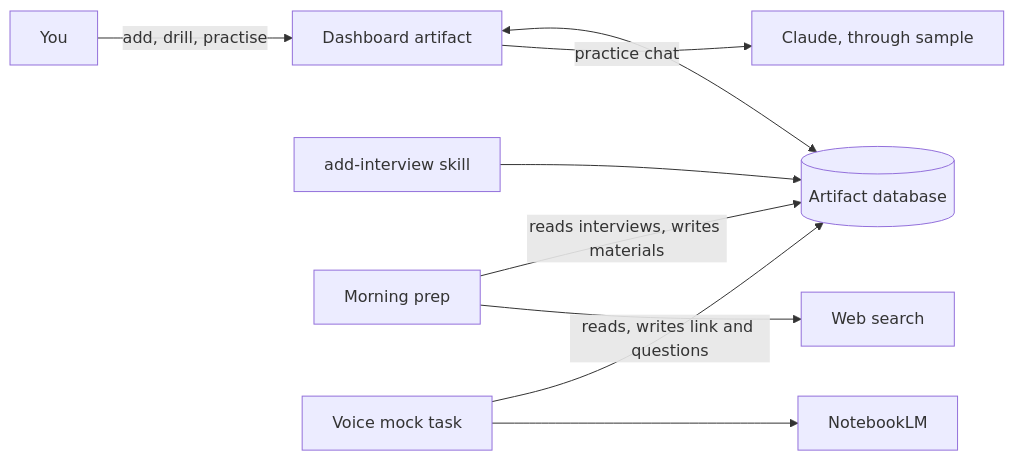
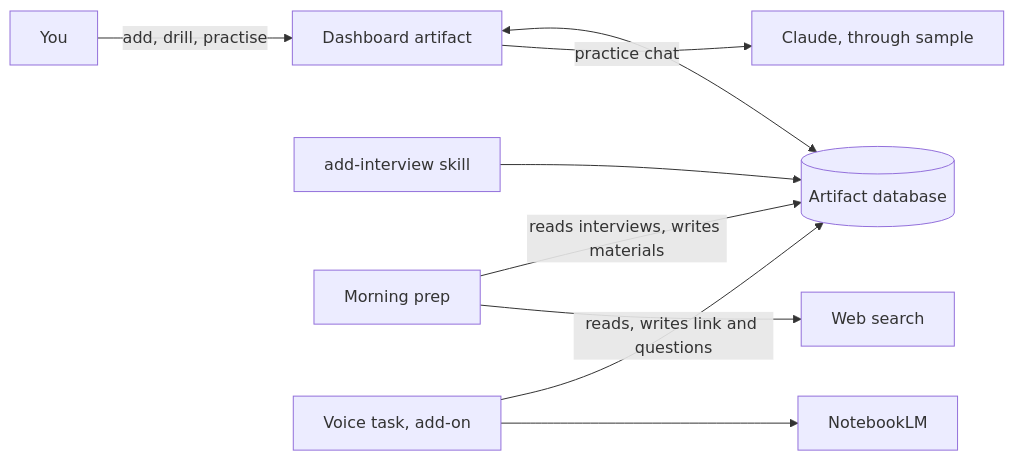
One commit to dantonoli/interview-prep-desk changed the diagram in docs/architecture.md. Above: the diagram before and after it, drawn with Mermaid. The commit also changed other lines of this file and 24 other files, not shown here.

````diff
--- a/docs/architecture.md
+++ b/docs/architecture.md
@@ -19,11 +17,11 @@
 ```mermaid
 flowchart LR
   U[You] -->|add, drill, practise| D[Dashboard artifact]
   D <--> DB[(Artifact database)]
   A[add-interview skill] --> DB
   P[Morning prep] -->|reads interviews, writes materials| DB
   P --> W[Web search]
-  V[Voice mock task] -->|reads, writes link and questions| DB
+  V[Voice task, add-on] -->|reads, writes link and questions| DB
   V --> N[NotebookLM]
   D -->|practice chat| C[Claude, through sample]
 ```
````
